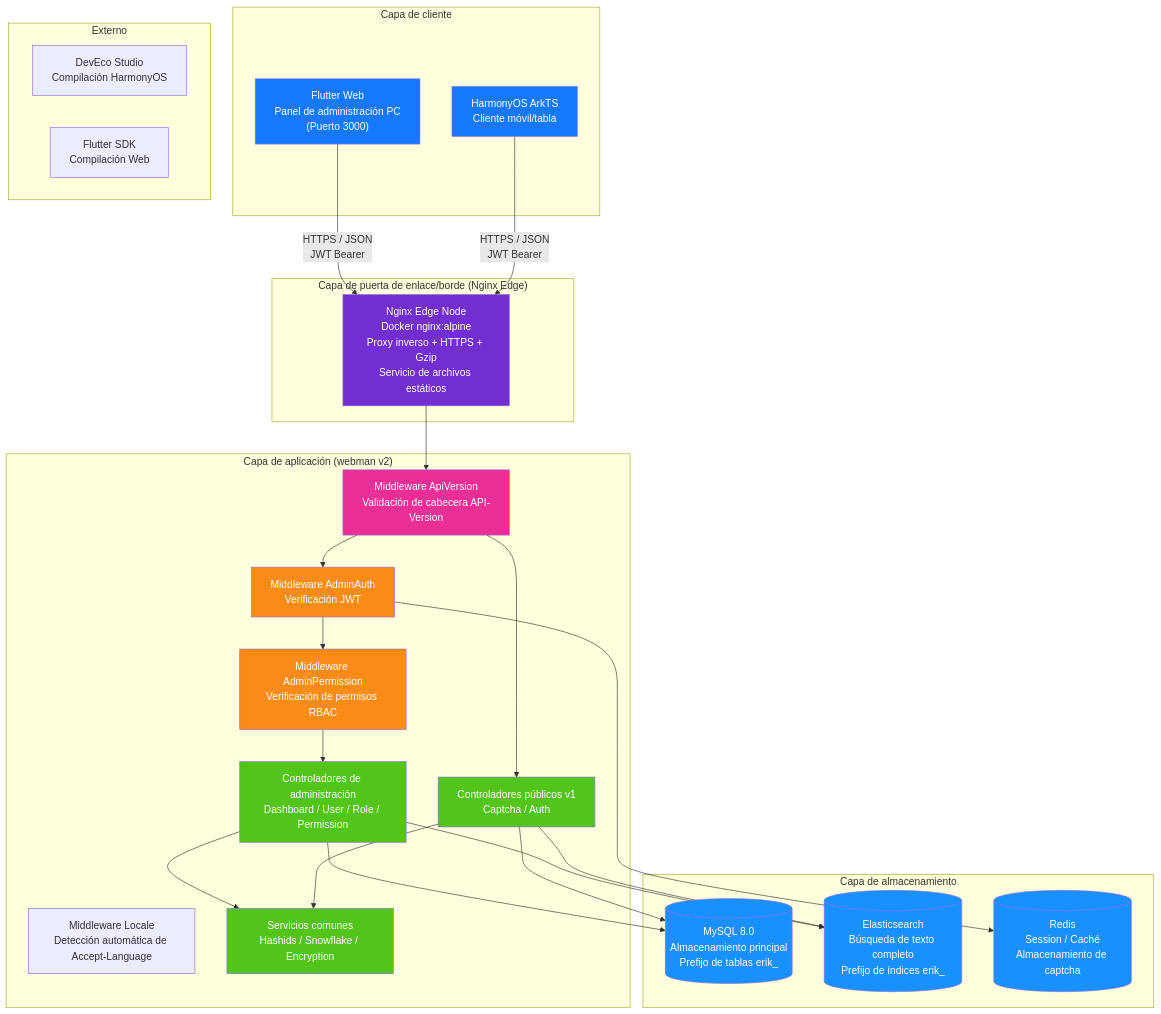
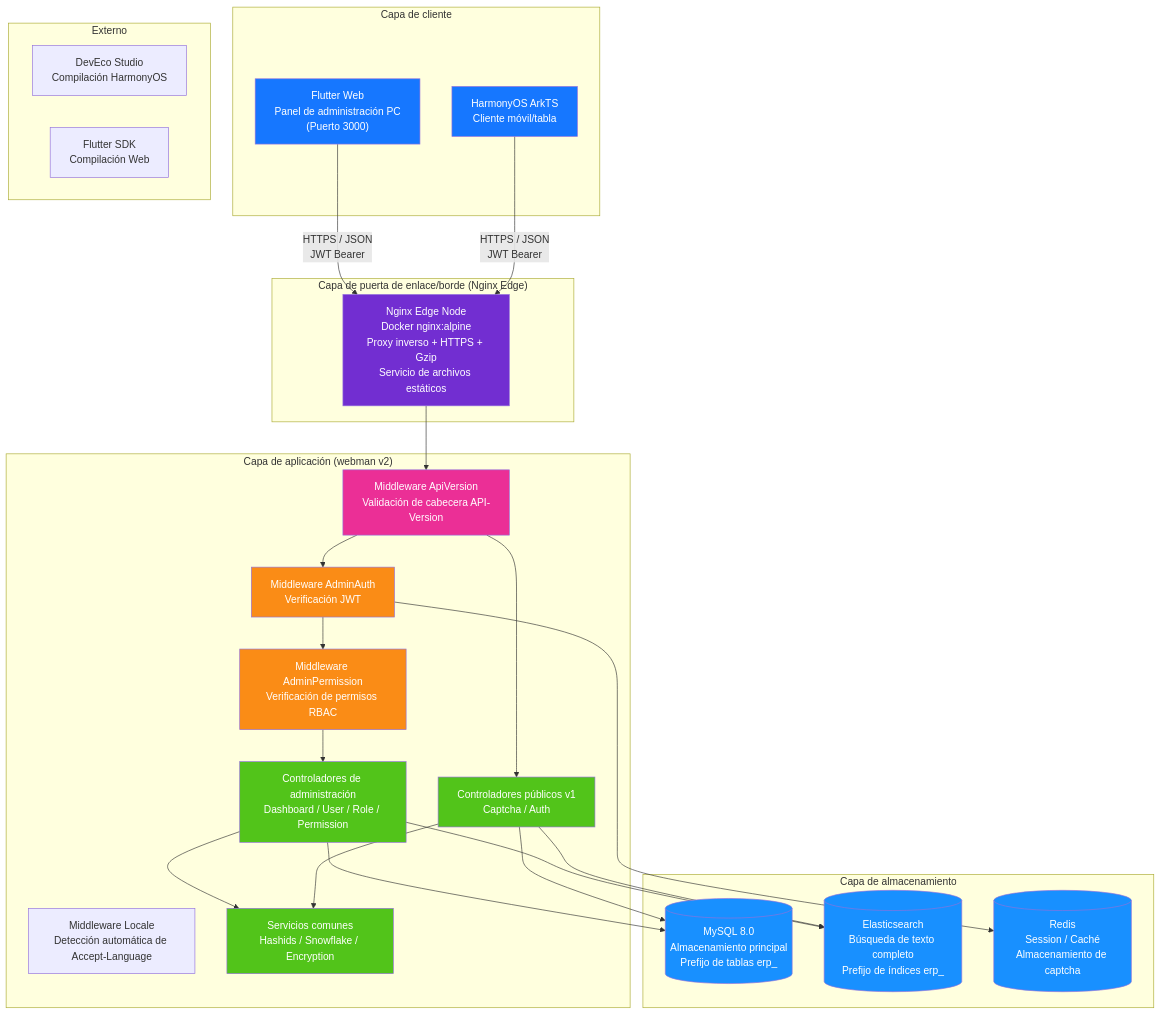
One commit to erikwang2013/erp-php changed the first of 20 diagrams in docs/i18n/es/ARCHITECTURE.md. Above: the diagram before and after it, drawn with Mermaid. The commit also changed other lines of this file and 449 other files, not shown here.

First line of the commit message:
全局命名统一：数据库 erp、表前缀 erp_、Redis 前缀 erp:（原 erik_/open_admin）

````diff
--- a/docs/i18n/es/ARCHITECTURE.md
+++ b/docs/i18n/es/ARCHITECTURE.md
@@ -11,60 +11,60 @@
 ```mermaid
 flowchart TB
     subgraph "Capa de cliente"
         A1["Flutter Web<br/>Panel de administración PC<br/>(Puerto 3000)"]
         A2["HarmonyOS ArkTS<br/>Cliente móvil/tabla"]
     end
 
     subgraph "Capa de puerta de enlace/borde (Nginx Edge)"
         B1["Nginx Edge Node<br/>Docker nginx:alpine<br/>Proxy inverso + HTTPS + Gzip<br/>Servicio de archivos estáticos"]
     end
 
     subgraph "Capa de aplicación (webman v2)"
         C_LOC["Middleware Locale<br/>Detección automática de Accept-Language"]
         C0["Middleware ApiVersion<br/>Validación de cabecera API-Version"]
         C1["Middleware AdminAuth<br/>Verificación JWT"]
         C2["Middleware AdminPermission<br/>Verificación de permisos RBAC"]
         C3["Controladores de administración<br/>Dashboard / User / Role / Permission"]
         C4["Controladores públicos v1<br/>Captcha / Auth"]
         C5["Servicios comunes<br/>Hashids / Snowflake / Encryption"]
     end
 
     subgraph "Capa de almacenamiento"
-        D1[("MySQL 8.0<br/>Almacenamiento principal<br/>Prefijo de tablas erik_")]
-        D2[("Elasticsearch<br/>Búsqueda de texto completo<br/>Prefijo de índices erik_")]
+        D1[("MySQL 8.0<br/>Almacenamiento principal<br/>Prefijo de tablas erp_")]
+        D2[("Elasticsearch<br/>Búsqueda de texto completo<br/>Prefijo de índices erp_")]
         D3[("Redis<br/>Session / Caché<br/>Almacenamiento de captcha")]
     end
 
     subgraph "Externo"
         E1["DevEco Studio<br/>Compilación HarmonyOS"]
         E2["Flutter SDK<br/>Compilación Web"]
     end
 
     A1 -->|"HTTPS / JSON<br/>JWT Bearer"| B1
     A2 -->|"HTTPS / JSON<br/>JWT Bearer"| B1
     B1 --> C0
     C0 --> C1
     C1 --> C2
     C2 --> C3
     C0 --> C4
     C3 --> C5
     C4 --> C5
     C3 --> D1
     C4 --> D1
     C3 --> D2
     C4 --> D2
     C1 --> D3
 
     style A1 fill:#1677FF,color:#fff
     style A2 fill:#1677FF,color:#fff
     style B1 fill:#722ED1,color:#fff
     style C0 fill:#EB2F96,color:#fff
     style C1 fill:#FA8C16,color:#fff
     style C2 fill:#FA8C16,color:#fff
     style C3 fill:#52C41A,color:#fff
     style C4 fill:#52C41A,color:#fff
     style C5 fill:#52C41A,color:#fff
     style D1 fill:#1890FF,color:#fff
     style D2 fill:#1890FF,color:#fff
     style D3 fill:#1890FF,color:#fff
 ```
````
